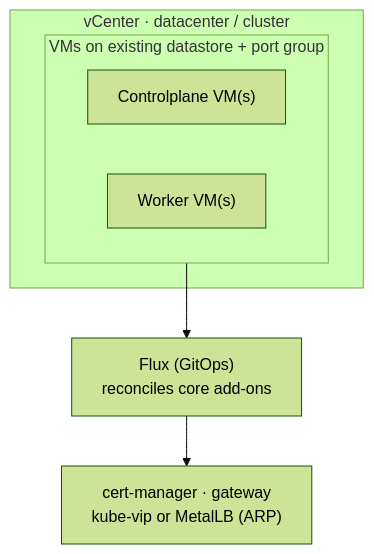
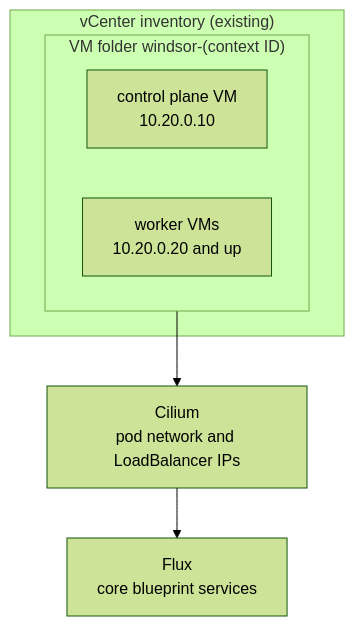
The diagram in content/virtual/vsphere.md (windsorcli/docs), drawn with Mermaid (forest theme) before and after one commit. The commit also changed other lines of this file and 1 other file, not shown here.

````diff
--- a/content/virtual/vsphere.md
+++ b/content/virtual/vsphere.md
@@ -31,12 +28,11 @@
 ```mermaid
 flowchart TB
-  subgraph vC["vCenter · datacenter / cluster"]
-    subgraph VMs["VMs on existing datastore + port group"]
-      CP["Controlplane VM(s)"]
-      W["Worker VM(s)"]
+  subgraph vC["vCenter inventory (existing)"]
+    subgraph Folder["VM folder windsor-(context ID)"]
+      CP["control plane VM<br/>10.20.0.10"]
+      W["worker VMs<br/>10.20.0.20 and up"]
     end
   end
-
-  VMs --> Flux["Flux (GitOps)<br/>reconciles core add-ons"]
-  Flux --> Addons["cert-manager · gateway<br/>kube-vip or MetalLB (ARP)"]
+  Folder --> Cilium["Cilium<br/>pod network and LoadBalancer IPs"]
+  Cilium --> Flux["Flux<br/>core blueprint services"]
 ```
````
